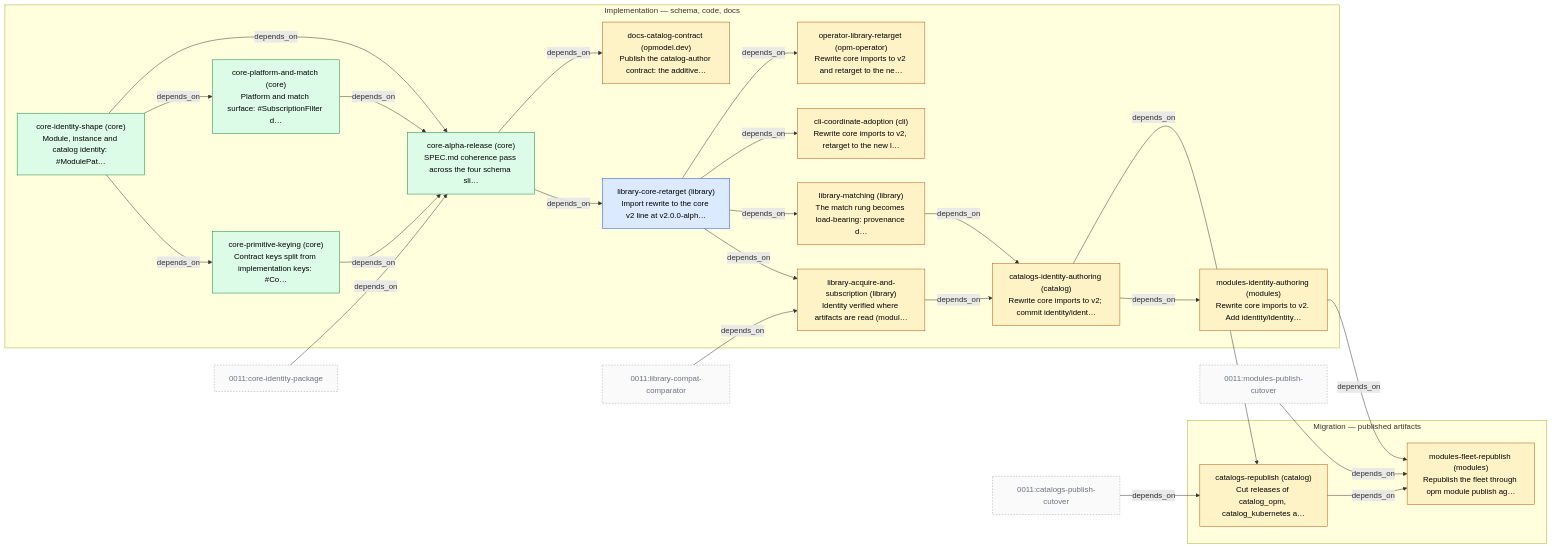
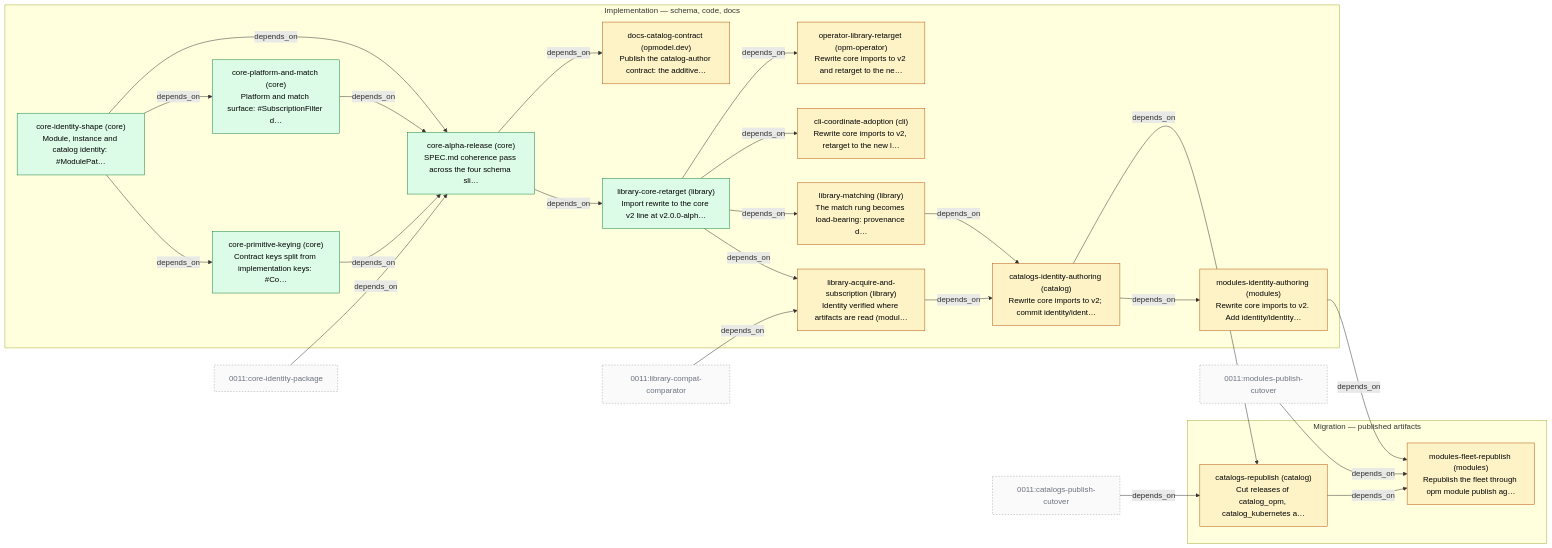
Before and after one commit to open-platform-model/enhancements: the diagram in 0010/PLAN.md, drawn with Mermaid. The commit also changed other lines of this file and 3 other files, not shown here.

First line of the commit message:
docs(0010): record library-core-retarget as done

````diff
--- a/0010/PLAN.md
+++ b/0010/PLAN.md
@@ -5,53 +5,53 @@
 ```mermaid
 graph LR
   classDef planned     fill:#fef3c7,stroke:#b45309,color:#000
   classDef in_progress fill:#dbeafe,stroke:#1d4ed8,color:#000
   classDef done        fill:#dcfce7,stroke:#15803d,color:#000
   classDef cancelled   fill:#e5e7eb,stroke:#6b7280,color:#6b7280
   classDef other       fill:#fafafa,stroke:#9ca3af,color:#6b7280,stroke-dasharray:3 3
 
   subgraph PHASE_IMPL["Implementation — schema, code, docs"]
     S_core-identity-shape["core-identity-shape (core)\nModule, instance and catalog identity: #ModulePat…"]:::done
     S_core-primitive-keying["core-primitive-keying (core)\nContract keys split from implementation keys: #Co…"]:::done
     S_core-platform-and-match["core-platform-and-match (core)\nPlatform and match surface: #SubscriptionFilter d…"]:::done
     S_core-alpha-release["core-alpha-release (core)\nSPEC.md coherence pass across the four schema sli…"]:::done
-    S_library-core-retarget["library-core-retarget (library)\nImport rewrite to the core v2 line at v2.0.0-alph…"]:::in_progress
+    S_library-core-retarget["library-core-retarget (library)\nImport rewrite to the core v2 line at v2.0.0-alph…"]:::done
     S_library-acquire-and-subscription["library-acquire-and-subscription (library)\nIdentity verified where artifacts are read (modul…"]:::planned
     S_library-matching["library-matching (library)\nThe match rung becomes load-bearing: provenance d…"]:::planned
     S_docs-catalog-contract["docs-catalog-contract (opmodel.dev)\nPublish the catalog-author contract: the additive…"]:::planned
     S_cli-coordinate-adoption["cli-coordinate-adoption (cli)\nRewrite core imports to v2, retarget to the new l…"]:::planned
     S_operator-library-retarget["operator-library-retarget (opm-operator)\nRewrite core imports to v2 and retarget to the ne…"]:::planned
     S_catalogs-identity-authoring["catalogs-identity-authoring (catalog)\nRewrite core imports to v2; commit identity/ident…"]:::planned
     S_modules-identity-authoring["modules-identity-authoring (modules)\nRewrite core imports to v2. Add identity/identity…"]:::planned
   end
   subgraph PHASE_MIGR["Migration — published artifacts"]
     S_catalogs-republish["catalogs-republish (catalog)\nCut releases of catalog_opm, catalog_kubernetes a…"]:::planned
     S_modules-fleet-republish["modules-fleet-republish (modules)\nRepublish the fleet through opm module publish ag…"]:::planned
   end
 
   S_core-identity-shape -->|depends_on| S_core-primitive-keying
   S_core-identity-shape -->|depends_on| S_core-platform-and-match
   S_core-identity-shape -->|depends_on| S_core-alpha-release
   S_core-primitive-keying -->|depends_on| S_core-alpha-release
   S_core-platform-and-match -->|depends_on| S_core-alpha-release
   X_0011_core-identity-package["0011:core-identity-package"]:::other
   X_0011_core-identity-package -->|depends_on| S_core-alpha-release
   S_core-alpha-release -->|depends_on| S_library-core-retarget
   S_library-core-retarget -->|depends_on| S_library-acquire-and-subscription
   X_0011_library-compat-comparator["0011:library-compat-comparator"]:::other
   X_0011_library-compat-comparator -->|depends_on| S_library-acquire-and-subscription
   S_library-core-retarget -->|depends_on| S_library-matching
   S_core-alpha-release -->|depends_on| S_docs-catalog-contract
   S_library-core-retarget -->|depends_on| S_cli-coordinate-adoption
   S_library-core-retarget -->|depends_on| S_operator-library-retarget
   S_library-acquire-and-subscription -->|depends_on| S_catalogs-identity-authoring
   S_library-matching -->|depends_on| S_catalogs-identity-authoring
   S_catalogs-identity-authoring -->|depends_on| S_modules-identity-authoring
   S_catalogs-identity-authoring -->|depends_on| S_catalogs-republish
   X_0011_catalogs-publish-cutover["0011:catalogs-publish-cutover"]:::other
   X_0011_catalogs-publish-cutover -->|depends_on| S_catalogs-republish
   S_catalogs-republish -->|depends_on| S_modules-fleet-republish
   S_modules-identity-authoring -->|depends_on| S_modules-fleet-republish
   X_0011_modules-publish-cutover["0011:modules-publish-cutover"]:::other
   X_0011_modules-publish-cutover -->|depends_on| S_modules-fleet-republish
 ```
````
